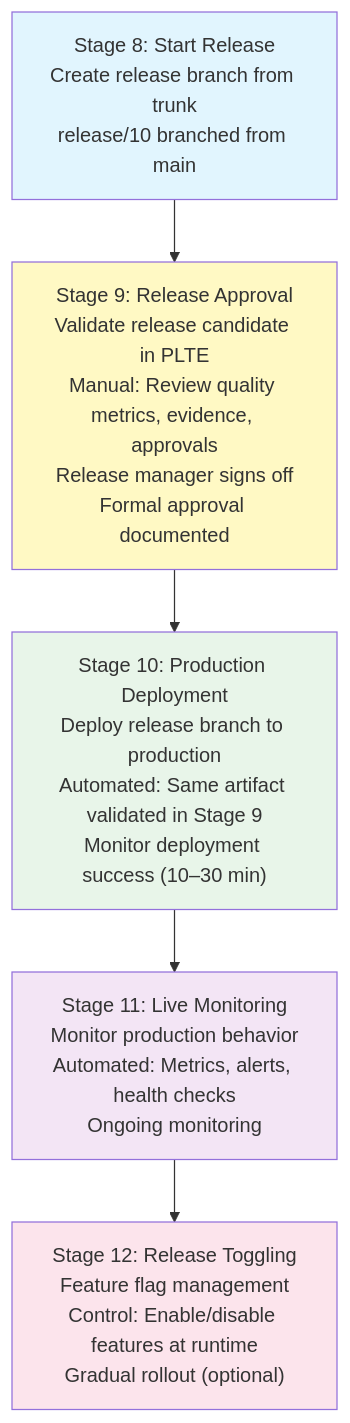
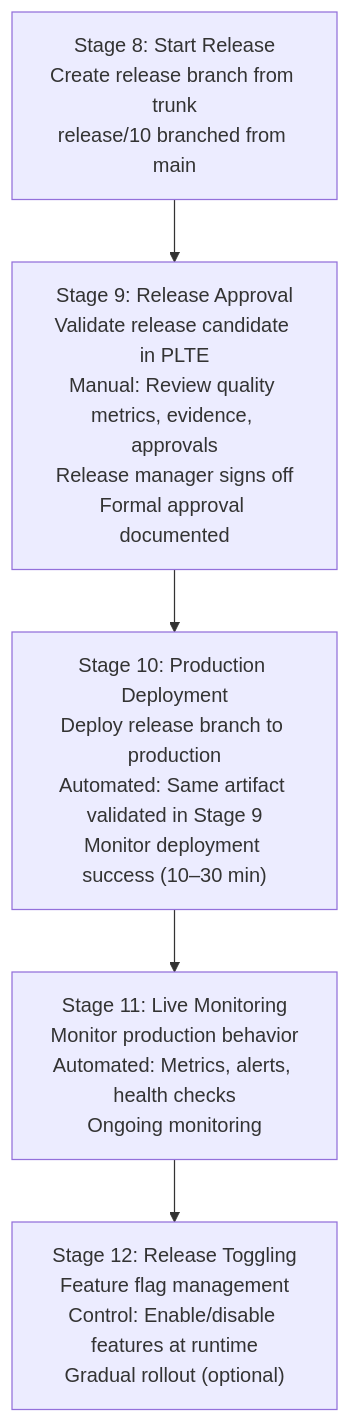
One commit to ready-to-release/eac changed the third of 8 diagrams in docs/explanation/continuous-delivery/workflow/branching-strategies.md. Above: the diagram before and after it, drawn with Mermaid. The commit also changed other lines of this file and 28 other files, not shown here.

````diff
--- a/docs/explanation/continuous-delivery/workflow/branching-strategies.md
+++ b/docs/explanation/continuous-delivery/workflow/branching-strategies.md
@@ -109,16 +101,11 @@
 ```mermaid
 flowchart TD
     S8["Stage 8: Start Release<br/>Create release branch from trunk<br/>release/10 branched from main"]
     S9["Stage 9: Release Approval<br/>Validate release candidate in PLTE<br/>Manual: Review quality metrics, evidence, approvals<br/>Release manager signs off<br/>Formal approval documented"]
     S10["Stage 10: Production Deployment<br/>Deploy release branch to production<br/>Automated: Same artifact validated in Stage 9<br/>Monitor deployment success (10–30 min)"]
     S11["Stage 11: Live Monitoring<br/>Monitor production behavior<br/>Automated: Metrics, alerts, health checks<br/>Ongoing monitoring"]
     S12["Stage 12: Release Toggling<br/>Feature flag management<br/>Control: Enable/disable features at runtime<br/>Gradual rollout (optional)"]
 
     S8 --> S9 --> S10 --> S11 --> S12
 
-    style S8 fill:#e1f5fe
-    style S9 fill:#fff9c4
-    style S10 fill:#e8f5e9
-    style S11 fill:#f3e5f5
-    style S12 fill:#fce4ec
 ```
````
